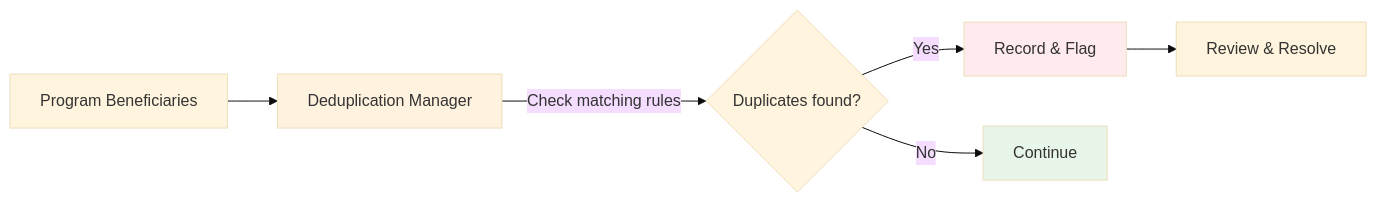
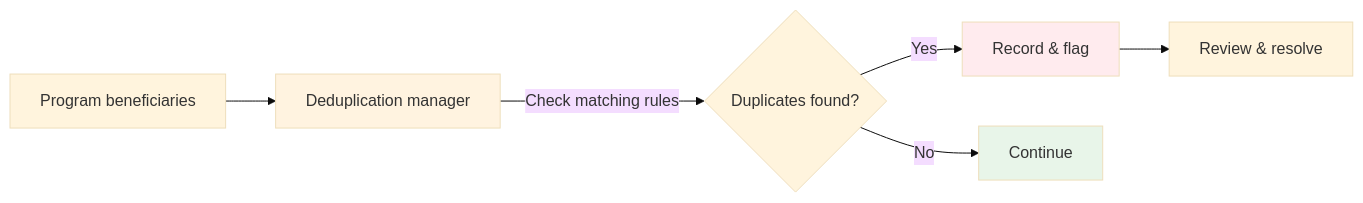
One commit to OpenSPP/documentation changed the second of 3 diagrams in docs/learn/concepts/deduplication.md. Above: the diagram before and after it, drawn with Mermaid (base theme). The commit also changed other lines of this file and 36 other files, not shown here.

````diff
--- a/docs/learn/concepts/deduplication.md
+++ b/docs/learn/concepts/deduplication.md
@@ -81,12 +81,12 @@
 ```{mermaid}
 graph LR
-    B[Program Beneficiaries] --> DM[Deduplication Manager]
+    B[Program beneficiaries] --> DM[Deduplication manager]
     DM --> |Check matching rules| C{Duplicates found?}
-    C --> |Yes| D[Record & Flag]
+    C --> |Yes| D[Record & flag]
     C --> |No| OK[Continue]
-    D --> R[Review & Resolve]
+    D --> R[Review & resolve]
 
     style DM fill:#fff3e0
     style D fill:#ffebee
     style OK fill:#e8f5e9
 ```
````
